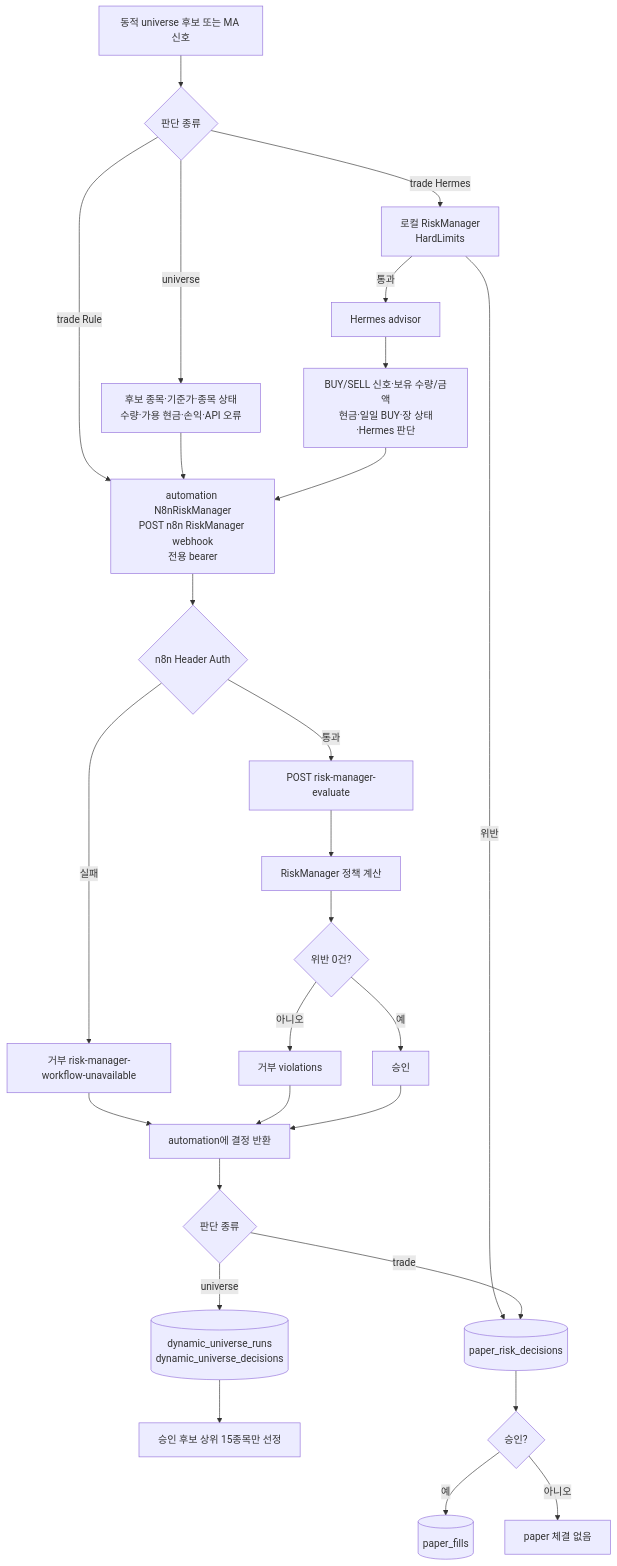
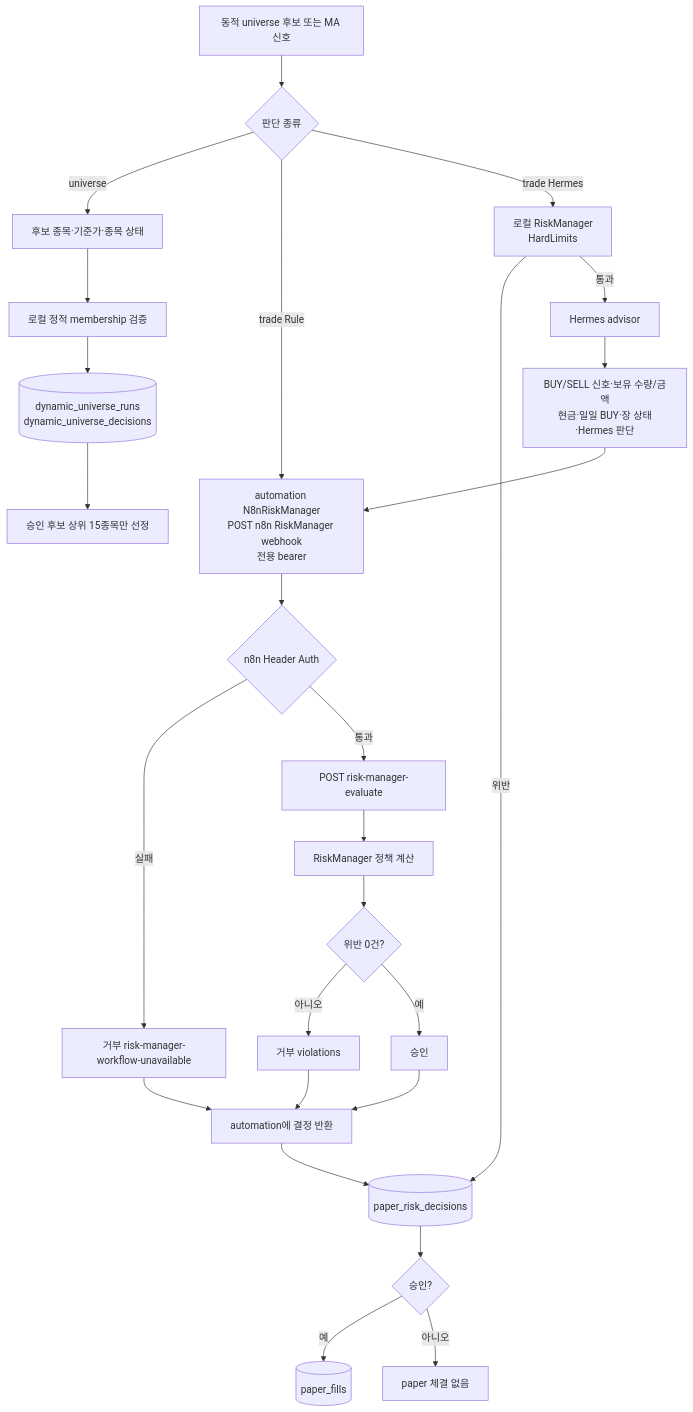
One commit to hunchulchoi/toss-trader changed the tenth of 12 diagrams in docs/system-workflow.md. Above: the diagram before and after it, drawn with Mermaid. The commit also changed other lines of this file and 10 other files, not shown here.

First line of the commit message:
perf(universe): keep static risk local

````diff
--- a/docs/system-workflow.md
+++ b/docs/system-workflow.md
@@ -358,33 +360,32 @@
 ```mermaid
 flowchart TD
     START[동적 universe 후보 또는 MA 신호] --> KIND{판단 종류}
 
-    KIND -->|universe| UIN[후보 종목·기준가·종목 상태\n수량·가용 현금·손익·API 오류]
+    KIND -->|universe| UIN[후보 종목·기준가·종목 상태]
     KIND -->|trade Rule| REQUEST
     KIND -->|trade Hermes| PRE[로컬 RiskManager\nHardLimits]
     PRE -->|위반| RLEDGER
     PRE -->|통과| HA[Hermes advisor]
     HA --> TIN
-    UIN --> REQUEST
+    UIN --> LOCAL[로컬 정적 membership 검증]
+    LOCAL --> ULEDGER[(dynamic_universe_runs\ndynamic_universe_decisions)]
     TIN[BUY/SELL 신호·보유 수량/금액\n현금·일일 BUY·장 상태·Hermes 판단] --> REQUEST
 
     REQUEST[automation N8nRiskManager\nPOST n8n RiskManager webhook\n전용 bearer] --> AUTH{n8n Header Auth}
     AUTH -->|실패| CLOSED[거부 risk-manager-workflow-unavailable]
     AUTH -->|통과| EVAL[POST risk-manager-evaluate]
     EVAL --> POLICY[RiskManager 정책 계산]
     POLICY --> DECISION{위반 0건?}
 
     DECISION -->|아니오| REJECT[거부 violations]
     DECISION -->|예| APPROVE[승인]
     CLOSED --> RETURN
     REJECT --> RETURN[automation에 결정 반환]
     APPROVE --> RETURN
 
-    RETURN --> TYPE{판단 종류}
-    TYPE -->|universe| ULEDGER[(dynamic_universe_runs\ndynamic_universe_decisions)]
-    TYPE -->|trade| RLEDGER[(paper_risk_decisions)]
+    RETURN --> RLEDGER[(paper_risk_decisions)]
     ULEDGER --> SELECT[승인 후보 상위 15종목만 선정]
     RLEDGER --> FILL{승인?}
     FILL -->|예| PAPER[(paper_fills)]
     FILL -->|아니오| NOFILL[paper 체결 없음]
 ```
````
